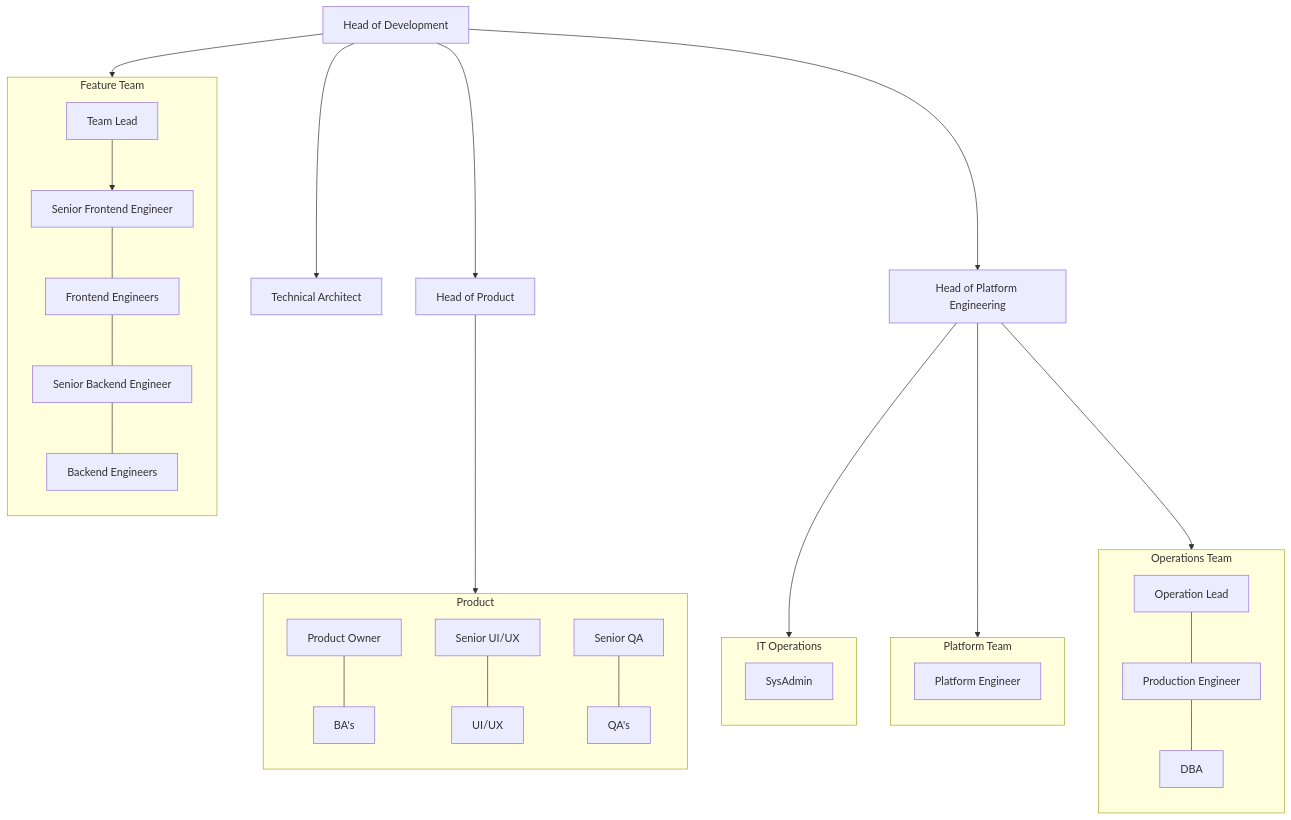
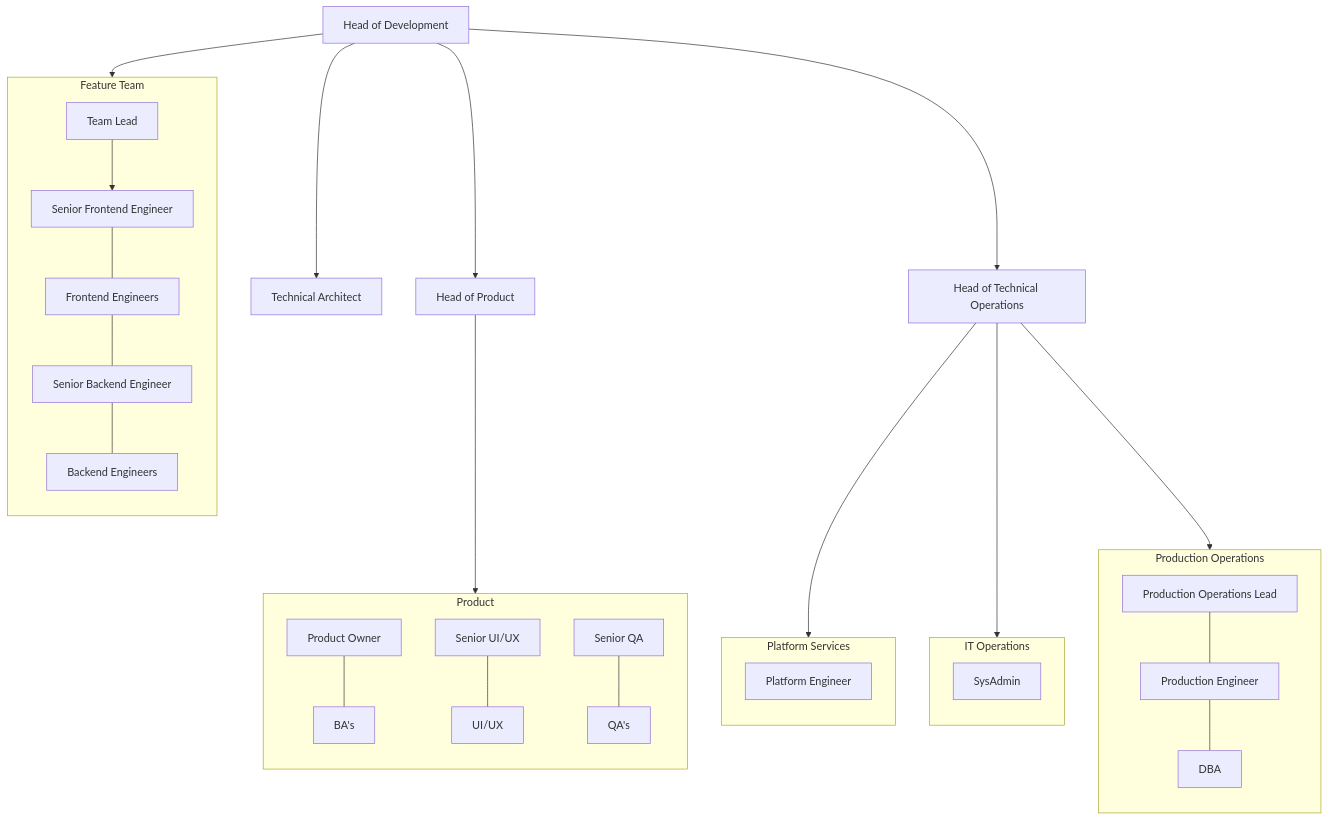
The diagram in OrganisationChart.md (michaeljholmes/OrgNetlify), drawn with Mermaid before and after one commit. The commit also changed other lines of this file and 5 other files, not shown here.

````diff
--- a/OrganisationChart.md
+++ b/OrganisationChart.md
@@ -4,61 +4,63 @@
 ```mermaid
 flowchart TB
     HOD[Head of Development]
 
     HOD --> TA[Technical Architect]
     HOD --> HOP[Head of Product]
-    HOD --> HPE[Head of Platform Engineering]
+    HOD --> HTO[Head of Technical Operations]
 
     HOD --> FT1
 
     subgraph FT1[Feature Team]
         direction TB
         TL[Team Lead]
         SFE[Senior Frontend Engineer]
         FE1[Frontend Engineers]
         SBE[Senior Backend Engineer]
         BE1[Backend Engineers]
 
         TL --> SFE
         SFE --- FE1
         FE1 --- SBE
         SBE --- BE1
     end
 
     subgraph PRODUCT[Product]
         direction TB
         PO[Product Owner]
         BA[BA's]
         HOUIUX[Senior UI/UX]
         UX[UI/UX]
         HOQA[Senior QA]
         QA2[QA's]
 
         PO --- BA
         HOUIUX --- UX
         HOQA --- QA2
     end
     HOP --> PRODUCT
 
+    subgraph PLATFORM_SERVICES[Platform Services]
+        direction TB
+        PE[Platform Engineer]
+    end
+
     subgraph ITOPS[IT Operations]
         direction TB
         SA[SysAdmin]
     end
-    subgraph PLATFORMTEAM[Platform Team]
+
+    subgraph PRODUCTION[Production Operations]
         direction TB
-        PFE[Platform Engineer]
-    end
-    subgraph OPSTEAM[Operations Team]
-        direction TB
-        HOO[Operation Lead]
-        PE[Production Engineer]
+        POL[Production Operations Lead]
+        PRODE[Production Engineer]
         DBA[DBA]
 
-        HOO --- PE
-        PE --- DBA
+        POL --- PRODE
+        PRODE --- DBA
     end
 
-    HPE --> ITOPS
-    HPE --> PLATFORMTEAM
-    HPE --> OPSTEAM
+    HTO --> PLATFORM_SERVICES
+    HTO --> ITOPS
+    HTO --> PRODUCTION
 ```
````
